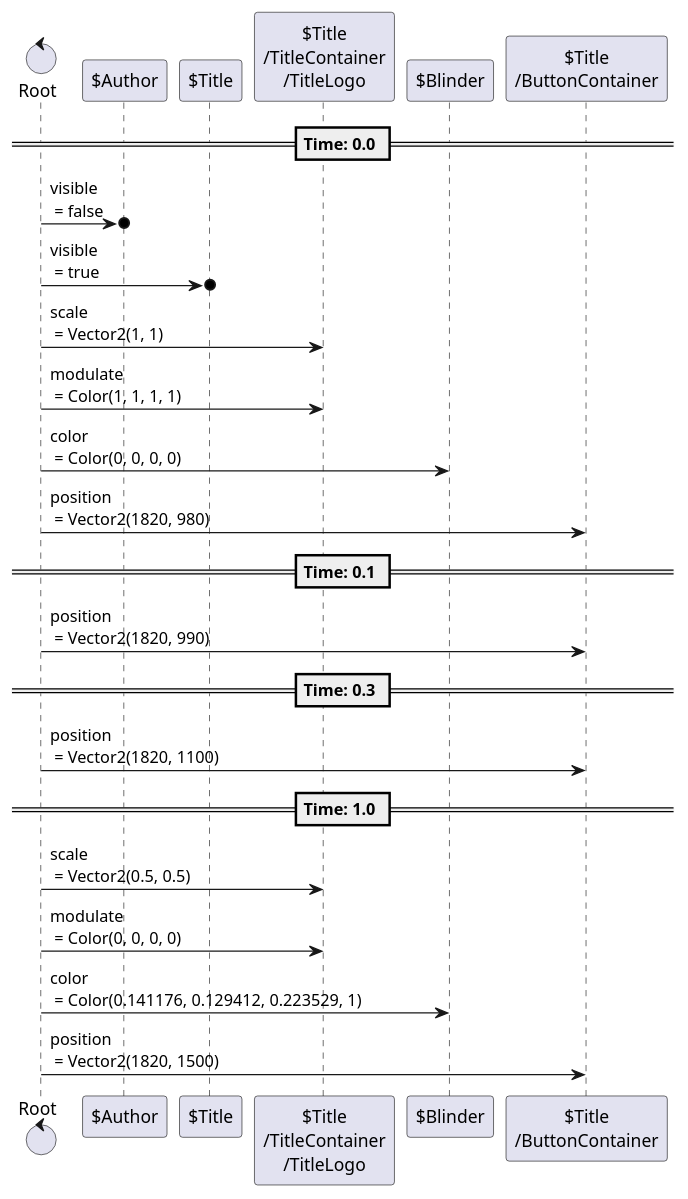
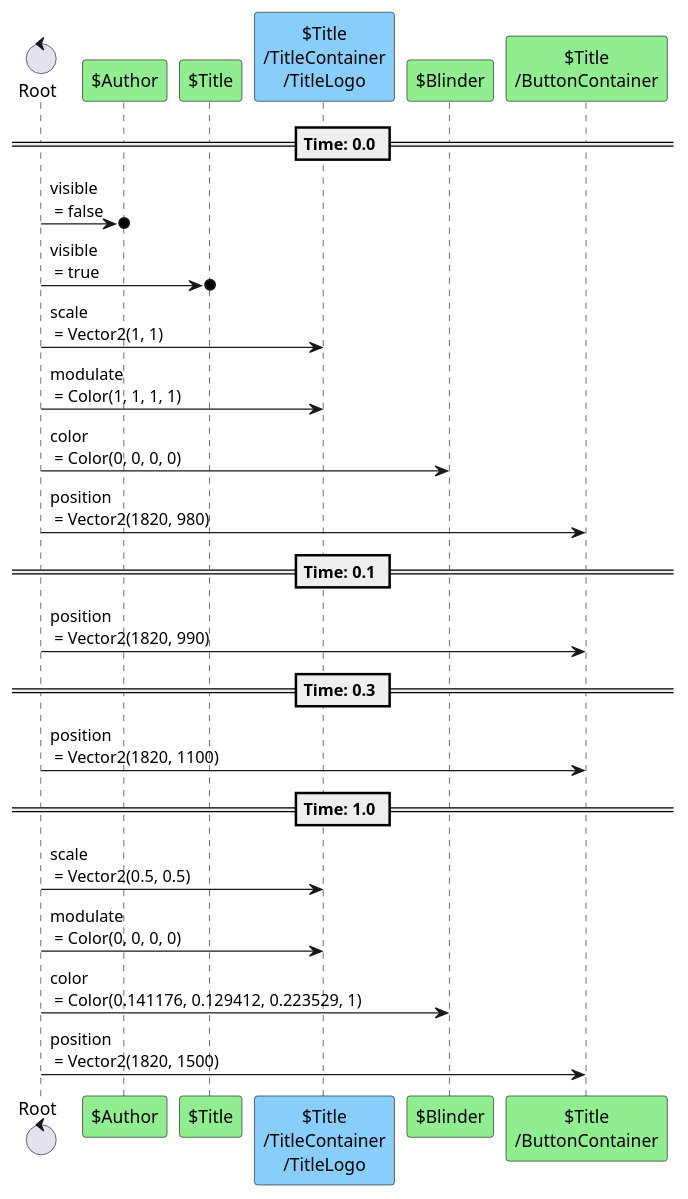
The third of 5 diagrams in content/scenes/src/beginning/screen/screen.tscn.adoc (tkmfujise/Platformer-Game-Learning), drawn with PlantUML before and after one commit. The commit also changed other lines of this file and 67 other files, not shown here.

```diff
--- a/content/scenes/src/beginning/screen/screen.tscn.adoc
+++ b/content/scenes/src/beginning/screen/screen.tscn.adoc
@@ -175,30 +175,30 @@
 [plantuml]
 ....
 control "Root" as R
-participant "$Author" as T0
-participant "$Title" as T1
-participant "$Title\n/TitleContainer\n/TitleLogo" as T2
-participant "$Blinder" as T4
-participant "$Title\n/ButtonContainer" as T5
+participant "$Author" as T0 #90EE90
+participant "$Title" as T1 #90EE90
+participant "$Title\n/TitleContainer\n/TitleLogo" as T2 #87CEFA
+participant "$Blinder" as T4 #90EE90
+participant "$Title\n/ButtonContainer" as T5 #90EE90
 
 
 
 == Time: 0.0 ==
 R  ->o  T0 : visible\n = false
 R  ->o  T1 : visible\n = true
 R  ->  T2 : scale\n = Vector2(1, 1)
 R  ->  T2 : modulate\n = Color(1, 1, 1, 1)
 R  ->  T4 : color\n = Color(0, 0, 0, 0)
 R  ->  T5 : position\n = Vector2(1820, 980)
 == Time: 0.1 ==
 R  ->  T5 : position\n = Vector2(1820, 990)
 == Time: 0.3 ==
 R  ->  T5 : position\n = Vector2(1820, 1100)
 == Time: 1.0 ==
 R  ->  T2 : scale\n = Vector2(0.5, 0.5)
 R  ->  T2 : modulate\n = Color(0, 0, 0, 0)
 R  ->  T4 : color\n = Color(0.141176, 0.129412, 0.223529, 1)
 R  ->  T5 : position\n = Vector2(1820, 1500)
 
 
 ....
```
